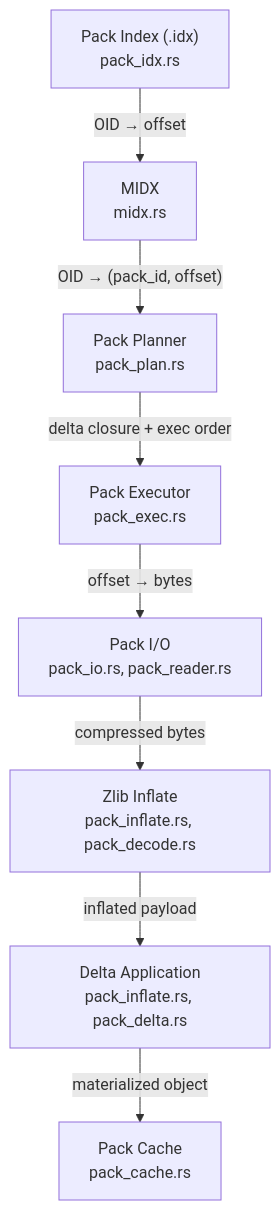
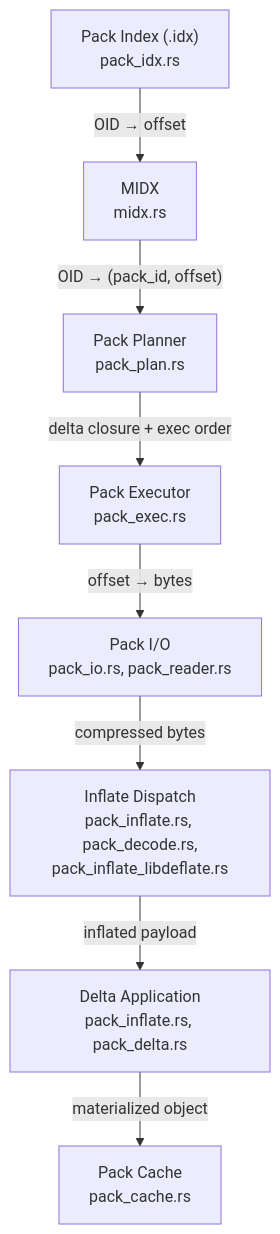
The first of 3 diagrams in docs/scanner-git/pack-internals.md (ahrav/Gossip-rs), drawn with Mermaid before and after one commit. The commit also changed other lines of this file and 7 other files, not shown here.

First line of the commit message:
feat: Use libdeflate for small non-delta pack entries

````diff
--- a/docs/scanner-git/pack-internals.md
+++ b/docs/scanner-git/pack-internals.md
@@ -13,10 +13,10 @@
 ```mermaid
 flowchart TD
     IDX["Pack Index (.idx)<br/>pack_idx.rs"] -->|"OID → offset"| MIDX["MIDX<br/>midx.rs"]
     MIDX -->|"OID → (pack_id, offset)"| PLAN["Pack Planner<br/>pack_plan.rs"]
     PLAN -->|"delta closure + exec order"| EXEC["Pack Executor<br/>pack_exec.rs"]
     EXEC -->|"offset → bytes"| IO["Pack I/O<br/>pack_io.rs, pack_reader.rs"]
-    IO -->|"compressed bytes"| INFLATE["Zlib Inflate<br/>pack_inflate.rs, pack_decode.rs"]
+    IO -->|"compressed bytes"| INFLATE["Inflate Dispatch<br/>pack_inflate.rs, pack_decode.rs,<br/>pack_inflate_libdeflate.rs"]
     INFLATE -->|"inflated payload"| DELTA["Delta Application<br/>pack_inflate.rs, pack_delta.rs"]
     DELTA -->|"materialized object"| CACHE["Pack Cache<br/>pack_cache.rs"]
 ```
````
